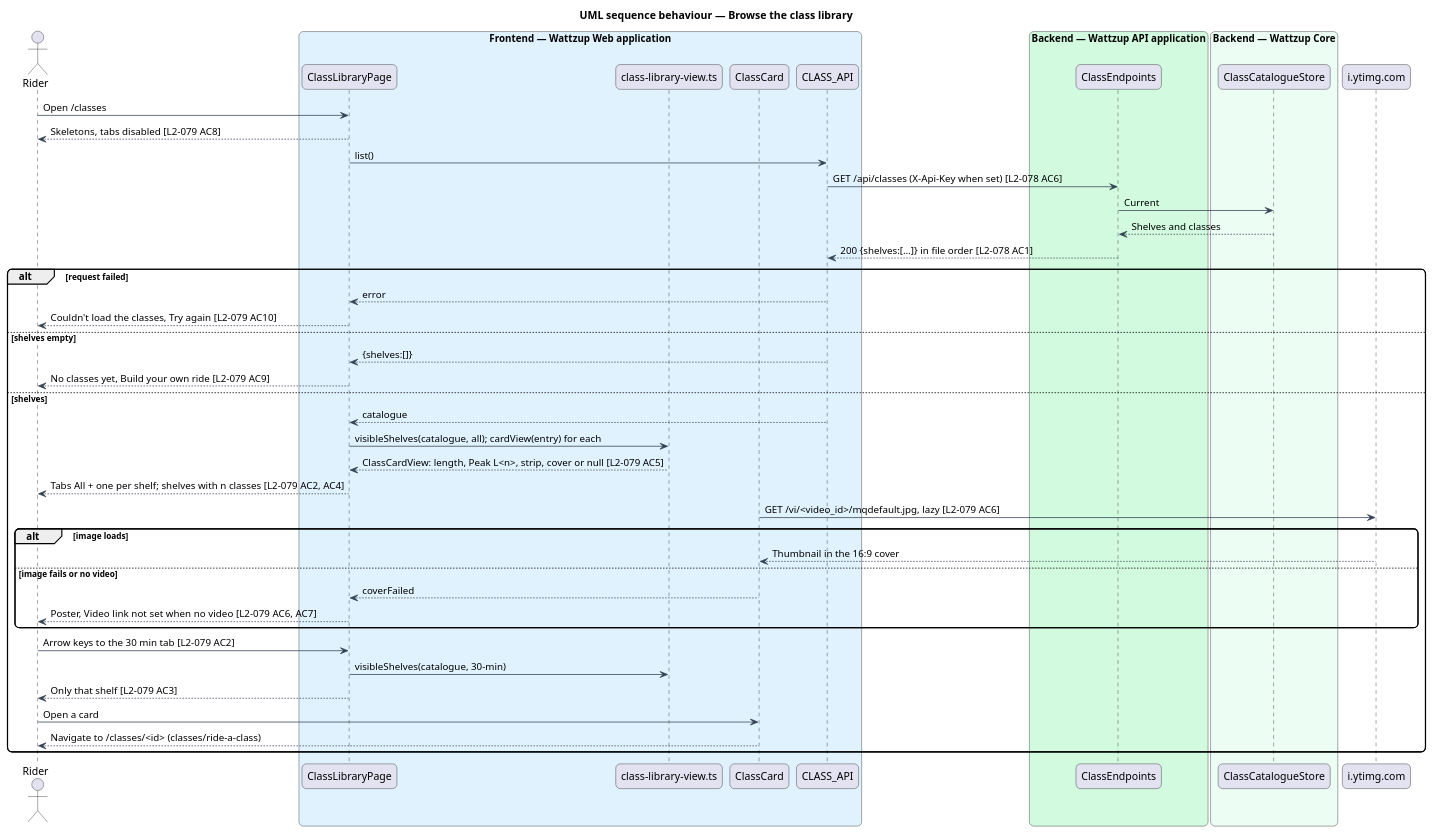
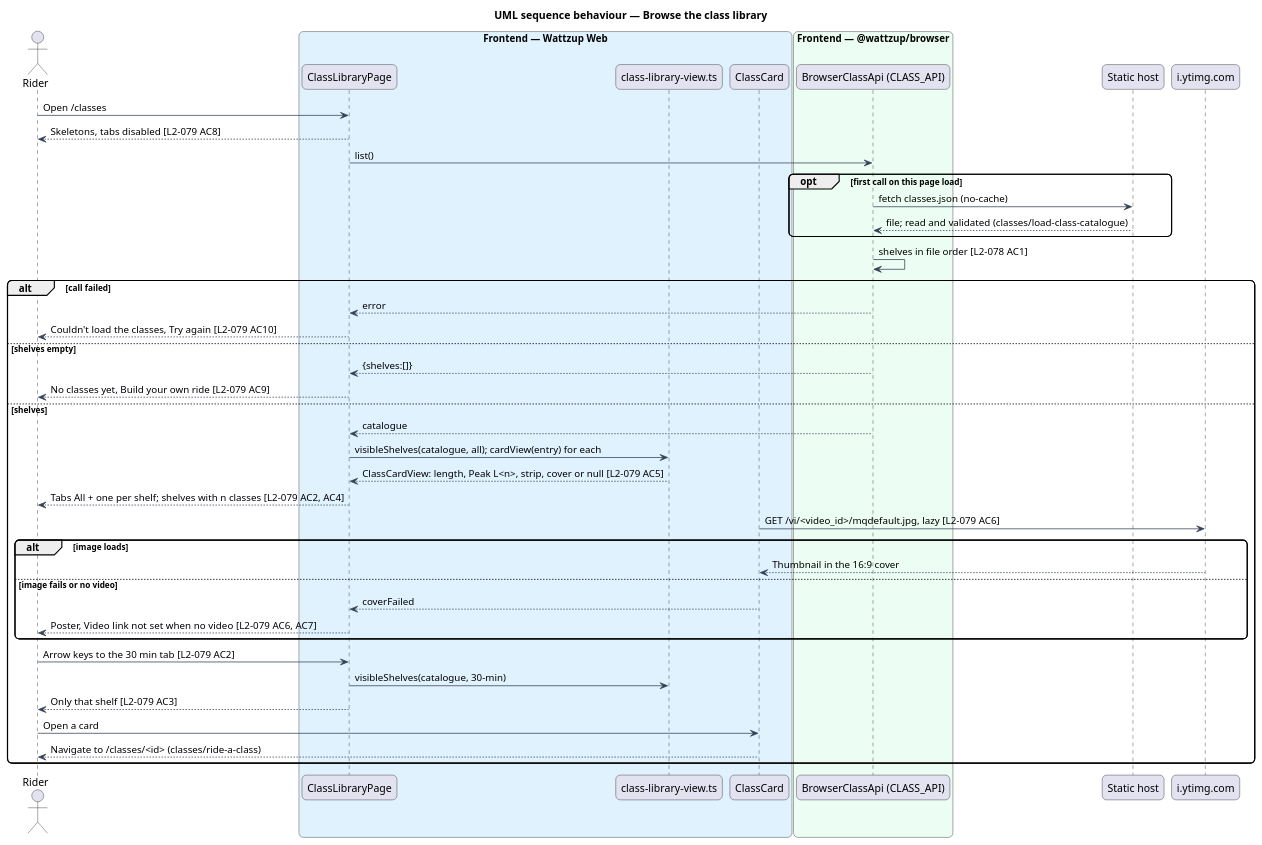
One commit to QuinntyneBrown/ride-one changed the diagram in docs/detailed-designs/classes/browse-classes/diagrams/sequence-browse-library.puml. Above: the diagram before and after it, drawn with PlantUML. The commit also changed 547 other files, not shown here.

```diff
--- a/docs/detailed-designs/classes/browse-classes/diagrams/sequence-browse-library.puml
+++ b/docs/detailed-designs/classes/browse-classes/diagrams/sequence-browse-library.puml
@@ -1,54 +1,52 @@
 @startuml
 title UML sequence behaviour — Browse the class library
 skinparam backgroundColor #FFFFFF
 skinparam shadowing false
 skinparam roundcorner 12
 skinparam defaultFontName Arial
 skinparam ArrowColor #344054
 actor "Rider" as rider
-box "Frontend — Wattzup Web application" #E0F2FE
+box "Frontend — Wattzup Web" #E0F2FE
   participant "ClassLibraryPage" as page
   participant "class-library-view.ts" as view
   participant "ClassCard" as card
-  participant "CLASS_API" as client
 end box
-box "Backend — Wattzup API application" #D1FADF
-  participant "ClassEndpoints" as ep
+box "Frontend — @wattzup/browser" #ECFDF3
+  participant "BrowserClassApi (CLASS_API)" as client
 end box
-box "Backend — Wattzup Core" #ECFDF3
-  participant "ClassCatalogueStore" as store
-end box
+participant "Static host" as ep
 participant "i.ytimg.com" as yt
 
 rider -> page : Open /classes
   page --> rider : Skeletons, tabs disabled [L2-079 AC8]
   page -> client : list()
-  client -> ep : GET /api/classes (X-Api-Key when set) [L2-078 AC6]
-  ep -> store : Current
-  store --> ep : Shelves and classes
-  ep --> client : 200 {shelves:[…]} in file order [L2-078 AC1]
-  alt request failed
+  opt first call on this page load
+    client -> ep : fetch classes.json (no-cache)
+    ep --> client : file; read and validated (classes/load-class-catalogue)
+  end
+  client -> client : shelves in file order [L2-078 AC1]
+  alt call failed
     client --> page : error
     page --> rider : Couldn't load the classes, Try again [L2-079 AC10]
   else shelves empty
     client --> page : {shelves:[]}
     page --> rider : No classes yet, Build your own ride [L2-079 AC9]
   else shelves
     client --> page : catalogue
     page -> view : visibleShelves(catalogue, all); cardView(entry) for each
     view --> page : ClassCardView: length, Peak L<n>, strip, cover or null [L2-079 AC5]
     page --> rider : Tabs All + one per shelf; shelves with n classes [L2-079 AC2, AC4]
     card -> yt : GET /vi/<video_id>/mqdefault.jpg, lazy [L2-079 AC6]
     alt image loads
       yt --> card : Thumbnail in the 16:9 cover
     else image fails or no video
       card --> page : coverFailed
       page --> rider : Poster, Video link not set when no video [L2-079 AC6, AC7]
     end
     rider -> page : Arrow keys to the 30 min tab [L2-079 AC2]
     page -> view : visibleShelves(catalogue, 30-min)
     page --> rider : Only that shelf [L2-079 AC3]
     rider -> card : Open a card
     card --> rider : Navigate to /classes/<id> (classes/ride-a-class)
   end
 @enduml
```
